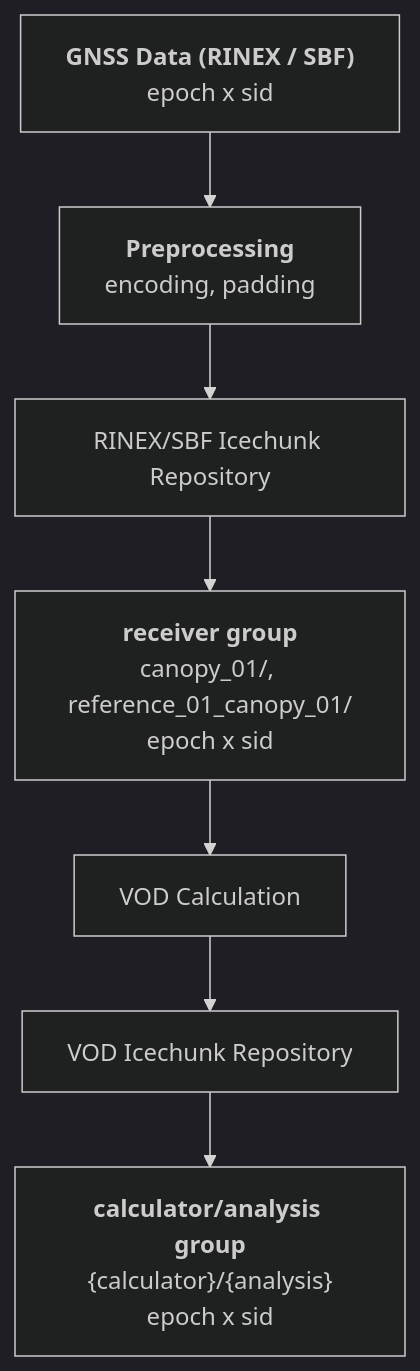
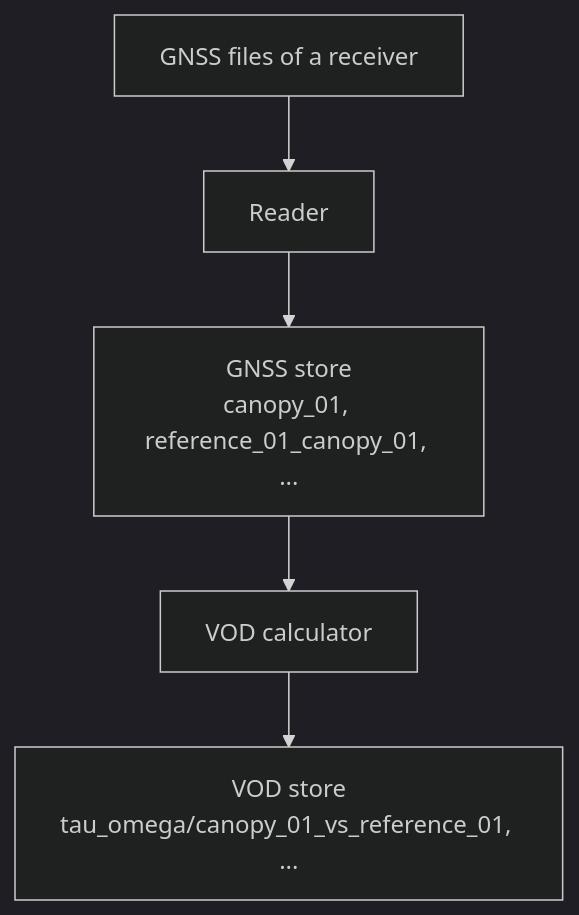
One commit to TUW-GEO/canvodpy changed the diagram in docs/packages/store/overview.md. Above: the diagram before and after it, drawn with Mermaid (dark theme). The commit also changed other lines of this file and 5 other files, not shown here.

````diff
--- a/docs/packages/store/overview.md
+++ b/docs/packages/store/overview.md
@@ -71,16 +32,7 @@
 ```mermaid
 graph TD
-    A1["`**GNSS Data (RINEX / SBF)**
-    epoch x sid`"]
-    A1 --> B["`**Preprocessing**
-    encoding, padding`"]
-    B --> C["RINEX/SBF Icechunk Repository"]
-    C --> D1["`**receiver group**
-    canopy_01/, reference_01_canopy_01/
-    epoch x sid`"]
-    D1 --> E["VOD Calculation"]
-    E --> F["VOD Icechunk Repository"]
-    F --> G["`**calculator/analysis group**
-    {calculator}/{analysis}
-    epoch x sid`"]
+    A["GNSS files of a receiver"] --> B["Reader"]
+    B --> C["GNSS store<br/>canopy_01, reference_01_canopy_01, ..."]
+    C --> D["VOD calculator"]
+    D --> E["VOD store<br/>tau_omega/canopy_01_vs_reference_01, ..."]
 ```
````
